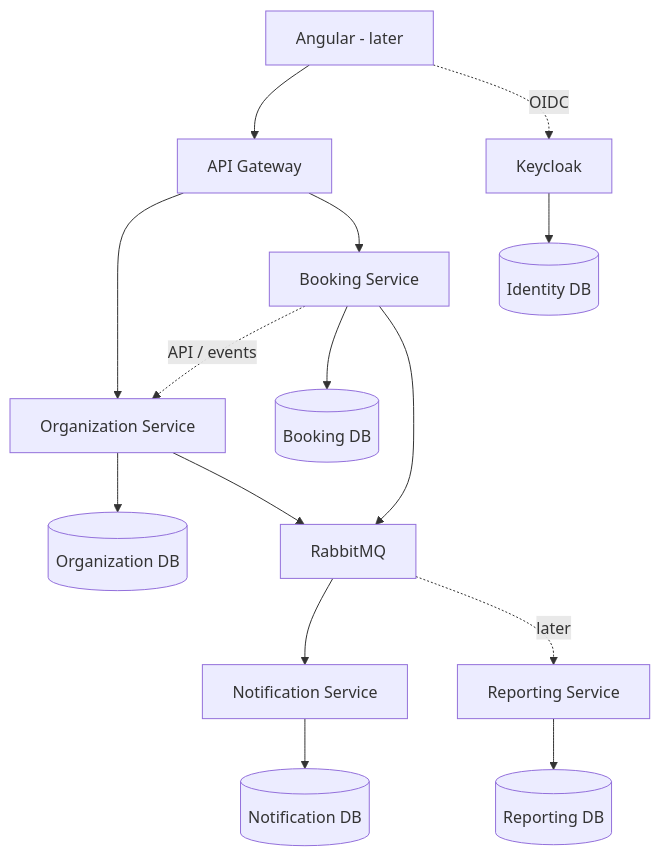
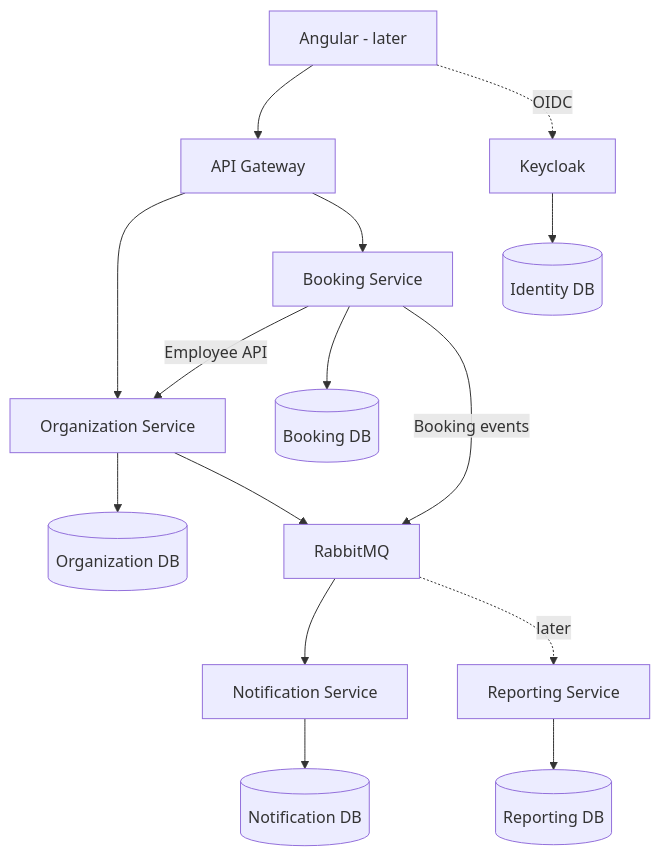
One commit to kissalpar96-cpu/bookflow changed the diagram in docs/architecture/ARCHITECTURE.md. Above: the diagram before and after it, drawn with Mermaid. The commit also changed other lines of this file and 6 other files, not shown here.

First line of the commit message:
docs(architecture): define the BF-002 architecture baseline (#2)

````diff
--- a/docs/architecture/ARCHITECTURE.md
+++ b/docs/architecture/ARCHITECTURE.md
@@ -4,17 +4,17 @@
 ```mermaid
 flowchart TD
   UI[Angular - later] --> GW[API Gateway]
   UI -. OIDC .-> ID[Keycloak]
   GW --> ORG[Organization Service]
   GW --> BOOK[Booking Service]
-  BOOK -. API / events .-> ORG
+  BOOK -->|Employee API| ORG
   ORG --> ODB[(Organization DB)]
   BOOK --> BDB[(Booking DB)]
   ID --> IDDB[(Identity DB)]
   ORG --> MQ[RabbitMQ]
-  BOOK --> MQ
+  BOOK -->|Booking events| MQ
   MQ --> NOTIF[Notification Service]
   NOTIF --> NDB[(Notification DB)]
   MQ -. later .-> REP[Reporting Service]
   REP --> RDB[(Reporting DB)]
 ```
````
